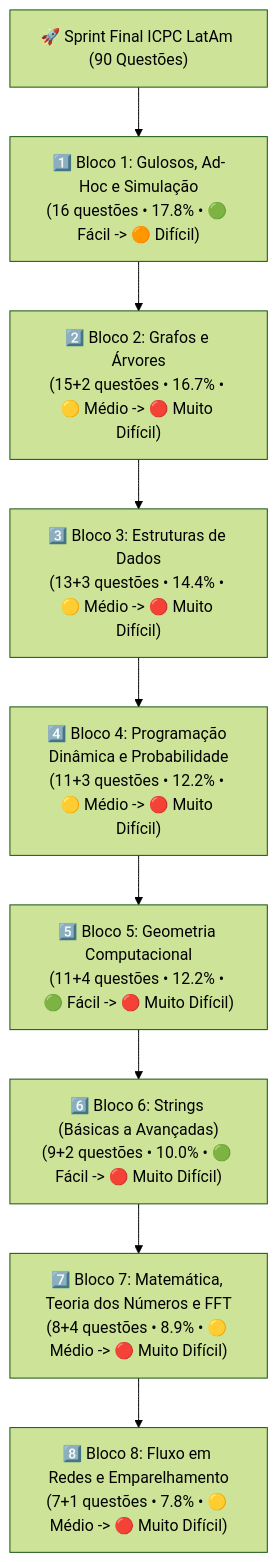
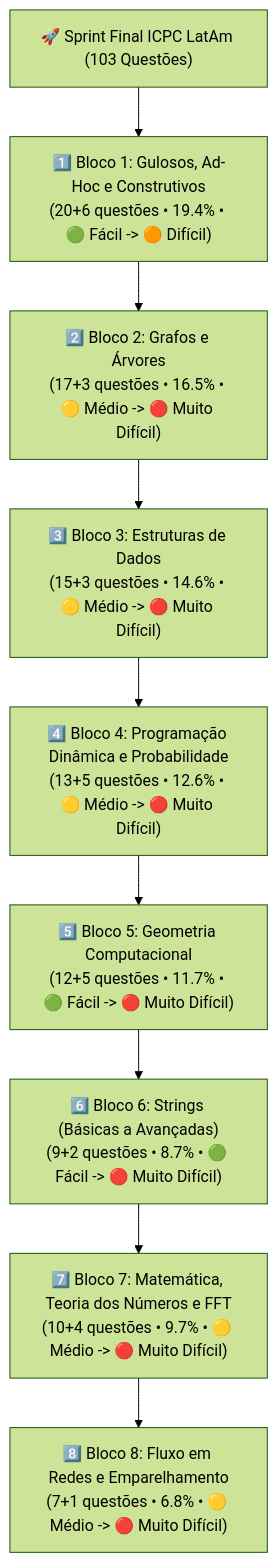
The third of 3 diagrams in maratona/nacional/MERMAID.md (GabrielFrigo4/icpc-training), drawn with Mermaid (forest theme) before and after one commit. The commit also changed other lines of this file and 38 other files, not shown here.

````diff
--- a/maratona/nacional/MERMAID.md
+++ b/maratona/nacional/MERMAID.md
@@ -102,12 +102,12 @@
 ```mermaid
 flowchart TD
-    Start["🚀 Sprint Final ICPC LatAm (90 Questões)"] --> B1
-    B1["1️⃣ Bloco 1: Gulosos, Ad-Hoc e Simulação\n(16 questões • 17.8% • 🟢 Fácil -> 🟠 Difícil)"] --> B2
-    B2["2️⃣ Bloco 2: Grafos e Árvores\n(15+2 questões • 16.7% • 🟡 Médio -> 🔴 Muito Difícil)"] --> B3
-    B3["3️⃣ Bloco 3: Estruturas de Dados\n(13+3 questões • 14.4% • 🟡 Médio -> 🔴 Muito Difícil)"] --> B4
-    B4["4️⃣ Bloco 4: Programação Dinâmica e Probabilidade\n(11+3 questões • 12.2% • 🟡 Médio -> 🔴 Muito Difícil)"] --> B5
-    B5["5️⃣ Bloco 5: Geometria Computacional\n(11+4 questões • 12.2% • 🟢 Fácil -> 🔴 Muito Difícil)"] --> B6
-    B6["6️⃣ Bloco 6: Strings (Básicas a Avançadas)\n(9+2 questões • 10.0% • 🟢 Fácil -> 🔴 Muito Difícil)"] --> B7
-    B7["7️⃣ Bloco 7: Matemática, Teoria dos Números e FFT\n(8+4 questões • 8.9% • 🟡 Médio -> 🔴 Muito Difícil)"] --> B8
-    B8["8️⃣ Bloco 8: Fluxo em Redes e Emparelhamento\n(7+1 questões • 7.8% • 🟡 Médio -> 🔴 Muito Difícil)"]
+    Start["🚀 Sprint Final ICPC LatAm (103 Questões)"] --> B1
+    B1["1️⃣ Bloco 1: Gulosos, Ad-Hoc e Construtivos\n(20+6 questões • 19.4% • 🟢 Fácil -> 🟠 Difícil)"] --> B2
+    B2["2️⃣ Bloco 2: Grafos e Árvores\n(17+3 questões • 16.5% • 🟡 Médio -> 🔴 Muito Difícil)"] --> B3
+    B3["3️⃣ Bloco 3: Estruturas de Dados\n(15+3 questões • 14.6% • 🟡 Médio -> 🔴 Muito Difícil)"] --> B4
+    B4["4️⃣ Bloco 4: Programação Dinâmica e Probabilidade\n(13+5 questões • 12.6% • 🟡 Médio -> 🔴 Muito Difícil)"] --> B5
+    B5["5️⃣ Bloco 5: Geometria Computacional\n(12+5 questões • 11.7% • 🟢 Fácil -> 🔴 Muito Difícil)"] --> B6
+    B6["6️⃣ Bloco 6: Strings (Básicas a Avançadas)\n(9+2 questões • 8.7% • 🟢 Fácil -> 🔴 Muito Difícil)"] --> B7
+    B7["7️⃣ Bloco 7: Matemática, Teoria dos Números e FFT\n(10+4 questões • 9.7% • 🟡 Médio -> 🔴 Muito Difícil)"] --> B8
+    B8["8️⃣ Bloco 8: Fluxo em Redes e Emparelhamento\n(7+1 questões • 6.8% • 🟡 Médio -> 🔴 Muito Difícil)"]
 ```
````
